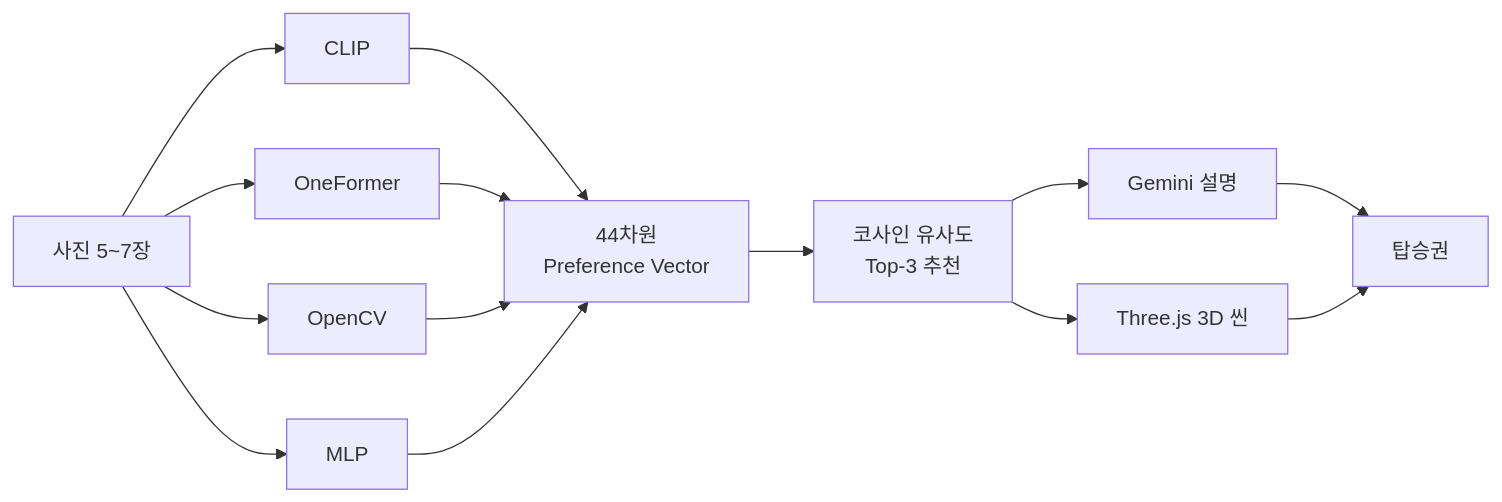
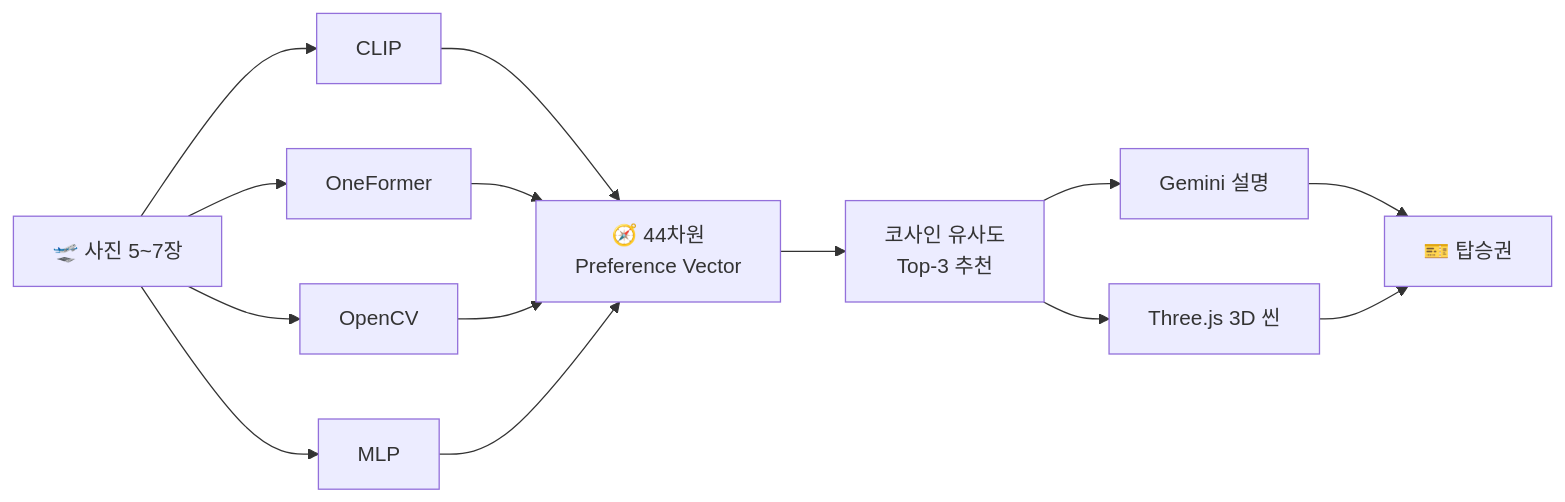
Before and after one commit to ysnni2/PhotoTrip: the diagram in README.md, drawn with Mermaid. The commit also changed other lines of this file, not shown here.

````diff
--- a/README.md
+++ b/README.md
@@ -71,8 +79,8 @@
 ```mermaid
 flowchart LR
-    A["사진 5~7장"] --> B1["CLIP"] & B2["OneFormer"] & B3["OpenCV"] & B4["MLP"]
-    B1 & B2 & B3 & B4 --> C[" 44차원<br/>Preference Vector"]
+    A["🛫 사진 5~7장"] --> B1["CLIP"] & B2["OneFormer"] & B3["OpenCV"] & B4["MLP"]
+    B1 & B2 & B3 & B4 --> C["🧭 44차원<br/>Preference Vector"]
     C --> D["코사인 유사도<br/>Top-3 추천"]
     D --> E["Gemini 설명"] & F["Three.js 3D 씬"]
-    E & F --> G["탑승권"]
+    E & F --> G["🎫 탑승권"]
 ```
````
